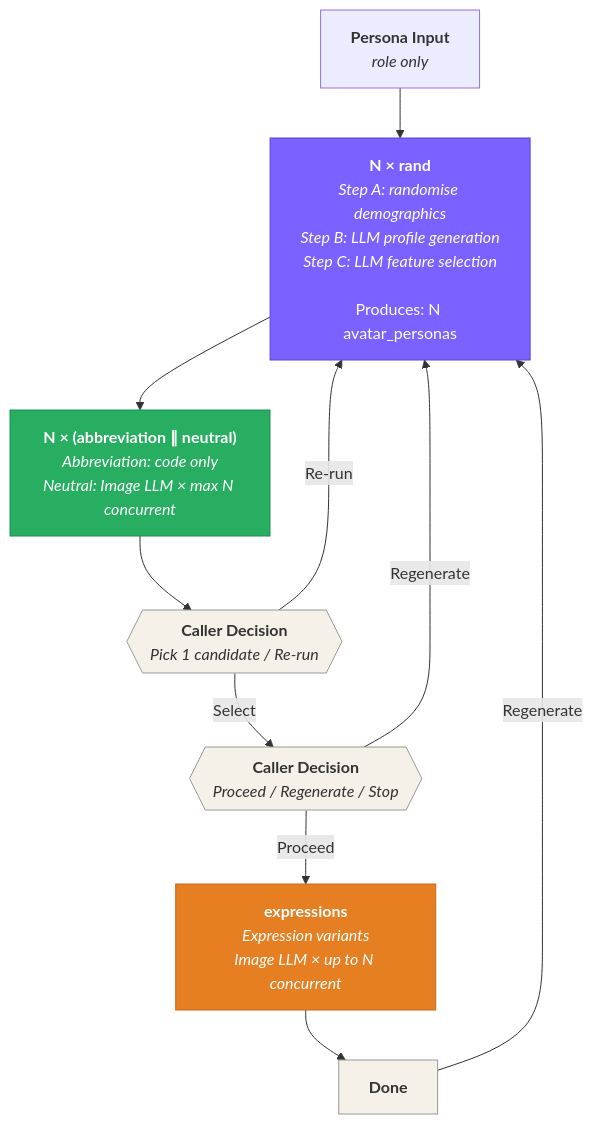
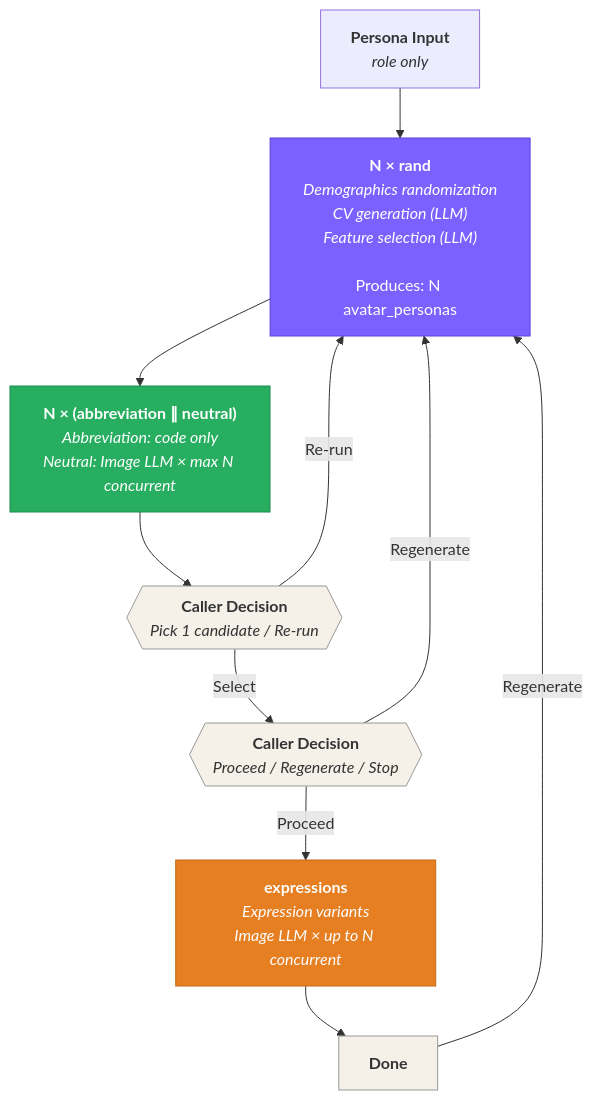
The second of 2 diagrams in docs/software/avatar_studio.md (E-Brons/avatar-studio), drawn with Mermaid before and after one commit. The commit also changed other lines of this file and 35 other files, not shown here.

````diff
--- a/docs/software/avatar_studio.md
+++ b/docs/software/avatar_studio.md
@@ -183,27 +183,27 @@
 ```mermaid
 flowchart TD
     INPUT["<b>Persona Input</b><br/><i>role only</i>"]
-    CANDIDATES["<b>N × rand</b><br/><i>Step A: randomise demographics</i><br/><i>Step B: LLM profile generation</i><br/><i>Step C: LLM feature selection</i><br/><br/>Produces: N avatar_personas"]
+    CANDIDATES["<b>N × rand</b><br/><i>Demographics randomization</i><br/><i>CV generation (LLM)</i><br/><i>Feature selection (LLM)</i><br/><br/>Produces: N avatar_personas"]
     CAND_IMAGES["<b>N × (abbreviation ∥ neutral)</b><br/><i>Abbreviation: code only</i><br/><i>Neutral: Image LLM × max N concurrent</i>"]
     SELECTION{{"<b>Caller Decision</b><br/><i>Pick 1 candidate / Re-run</i>"}}
     APPROVAL{{"<b>Caller Decision</b><br/><i>Proceed / Regenerate / Stop</i>"}}
     EXPR["<b>expressions</b><br/><i>Expression variants</i><br/><i>Image LLM × up to N concurrent</i>"]
     DONE["<b>Done</b>"]
 
     INPUT --> CANDIDATES
     CANDIDATES --> CAND_IMAGES
     CAND_IMAGES --> SELECTION
     SELECTION -->|Select| APPROVAL
     SELECTION -->|Re-run| CANDIDATES
     APPROVAL -->|Proceed| EXPR
     APPROVAL -->|Regenerate| CANDIDATES
     EXPR --> DONE
     DONE -->|Regenerate| CANDIDATES
 
     style CANDIDATES fill:#7B61FF,color:#fff,stroke:#5B41DF
     style CAND_IMAGES fill:#27AE60,color:#fff,stroke:#1E8C4E
     style EXPR fill:#E67E22,color:#fff,stroke:#C46A1A
     style SELECTION fill:#F5F0E8,color:#333,stroke:#999
     style APPROVAL fill:#F5F0E8,color:#333,stroke:#999
     style DONE fill:#F5F0E8,color:#333,stroke:#999
 ```
````
